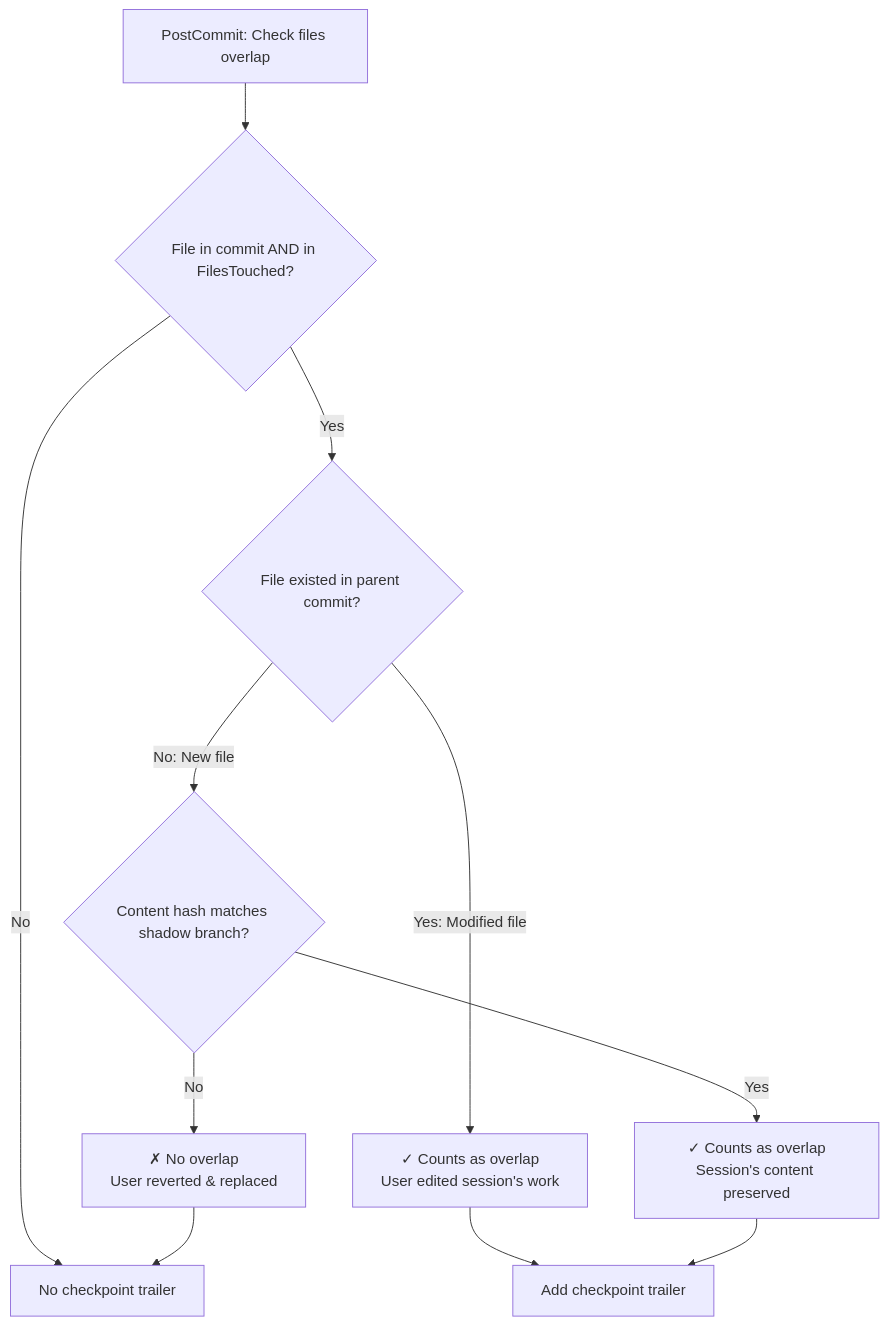
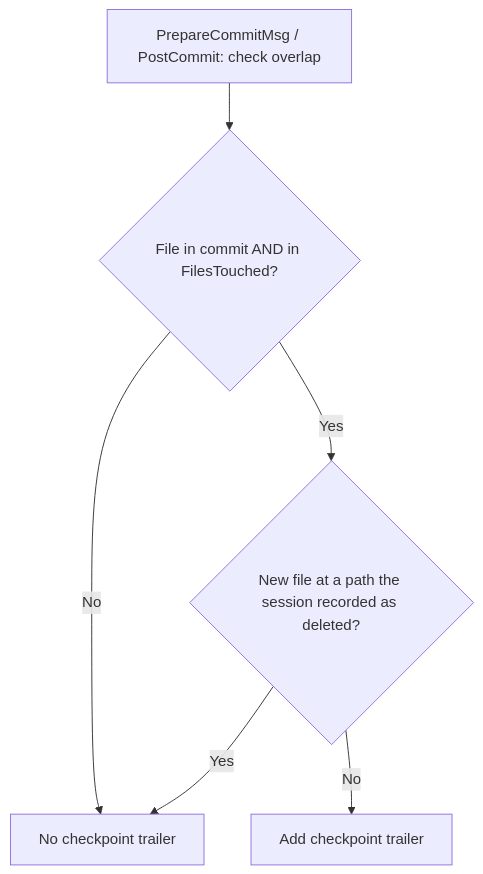
The eighth of 10 diagrams in docs/architecture/checkpoint-scenarios.md (entireio/cli), drawn with Mermaid before and after one commit. The commit also changed other lines of this file and 17 other files, not shown here.

````diff
--- a/docs/architecture/checkpoint-scenarios.md
+++ b/docs/architecture/checkpoint-scenarios.md
@@ -471,14 +298,8 @@
 ```mermaid
 flowchart TD
-    A[PostCommit: Check files overlap] --> B{File in commit AND in FilesTouched?}
+    A[PrepareCommitMsg / PostCommit: check overlap] --> B{File in commit AND in FilesTouched?}
     B -->|No| Z[No checkpoint trailer]
-    B -->|Yes| C{File existed in parent commit?}
-    C -->|Yes: Modified file| D[✓ Counts as overlap<br/>User edited session's work]
-    C -->|No: New file| E{Content hash matches shadow branch?}
-    E -->|Yes| F[✓ Counts as overlap<br/>Session's content preserved]
-    E -->|No| G[✗ No overlap<br/>User reverted & replaced]
-
-    D --> H[Add checkpoint trailer]
-    F --> H
-    G --> Z
+    B -->|Yes| C{New file at a path the session recorded as deleted?}
+    C -->|No| H[Add checkpoint trailer]
+    C -->|Yes| Z
 ```
````
